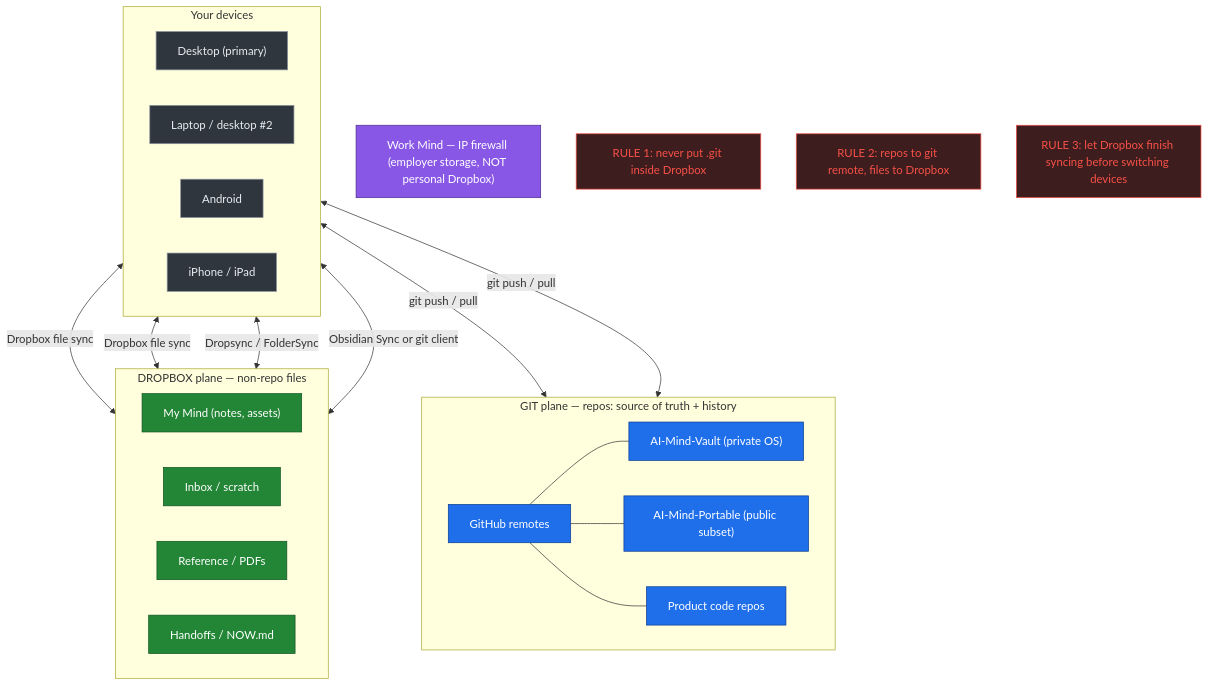
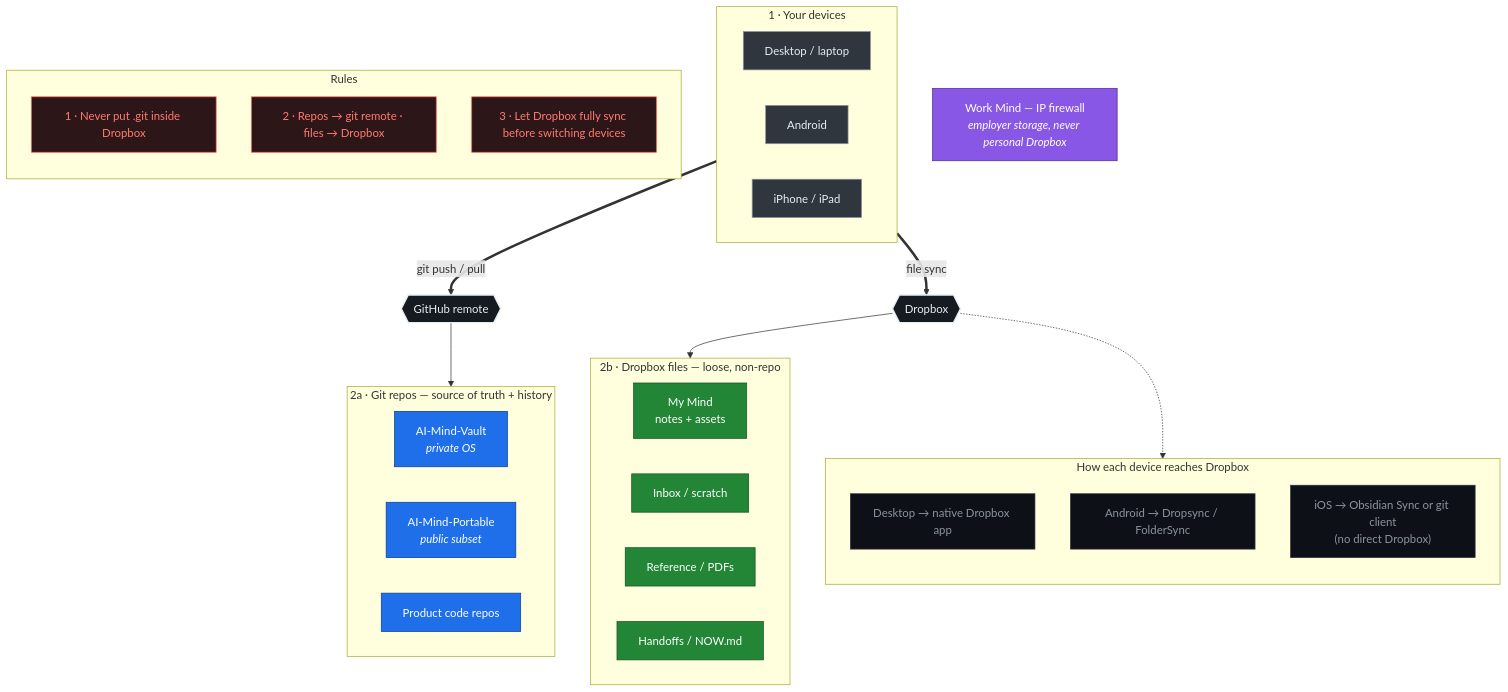
Before and after one commit to kniffinjjr/AI-Mind-Portable: the first of 2 diagrams in Drafts/AI-Mind-Architecture-and-Data-Charts.md, drawn with Mermaid. The commit also changed other lines of this file, not shown here.

First line of the commit message:
Refine architecture + data charts for legibility

````diff
--- a/Drafts/AI-Mind-Architecture-and-Data-Charts.md
+++ b/Drafts/AI-Mind-Architecture-and-Data-Charts.md
@@ -24,48 +25,58 @@
 ```mermaid
 flowchart TB
+  classDef dev fill:#30363d,color:#e6edf3,stroke:#8b949e,stroke-width:1px;
+  classDef hub fill:#161b22,color:#e6edf3,stroke:#e6edf3,stroke-width:2px;
   classDef git fill:#1f6feb,color:#ffffff,stroke:#0b3d91;
-  classDef box fill:#238636,color:#ffffff,stroke:#0f5323;
+  classDef file fill:#238636,color:#ffffff,stroke:#0f5323;
   classDef work fill:#8957e5,color:#ffffff,stroke:#4b2c91;
-  classDef dev fill:#30363d,color:#e6edf3,stroke:#8b949e;
-  classDef rule fill:#3d1d1d,color:#f85149,stroke:#f85149;
+  classDef note fill:#0d1117,color:#8b949e,stroke:#30363d;
+  classDef rule fill:#2d1618,color:#ff7b72,stroke:#f85149;
 
-  subgraph DEV["Your devices"]
+  subgraph DEVICES["1 · Your devices"]
     direction LR
-    D1["Desktop (primary)"]:::dev
-    D2["Laptop / desktop #2"]:::dev
+    D1["Desktop / laptop"]:::dev
     AND["Android"]:::dev
     IOS["iPhone / iPad"]:::dev
   end
 
-  subgraph GIT["GIT plane — repos: source of truth + history"]
+  GH{{"GitHub remote"}}:::hub
+  DBX{{"Dropbox"}}:::hub
+
+  subgraph REPOS["2a · Git repos — source of truth + history"]
     direction LR
-    GH["GitHub remotes"]:::git
-    RV["AI-Mind-Vault (private OS)"]:::git
-    RP["AI-Mind-Portable (public subset)"]:::git
+    RV["AI-Mind-Vault<br/><i>private OS</i>"]:::git
+    RP["AI-Mind-Portable<br/><i>public subset</i>"]:::git
     RC["Product code repos"]:::git
   end
-  GH --- RV
-  GH --- RP
-  GH --- RC
 
-  subgraph DBX["DROPBOX plane — non-repo files"]
+  subgraph FILES["2b · Dropbox files — loose, non-repo"]
     direction LR
-    MM["My Mind (notes, assets)"]:::box
-    INB["Inbox / scratch"]:::box
-    REF["Reference / PDFs"]:::box
-    NOW["Handoffs / NOW.md"]:::box
+    MM["My Mind<br/>notes + assets"]:::file
+    SCR["Inbox / scratch"]:::file
+    REFP["Reference / PDFs"]:::file
+    NOW["Handoffs / NOW.md"]:::file
   end
 
-  WM["Work Mind — IP firewall (employer storage, NOT personal Dropbox)"]:::work
+  WM["Work Mind — IP firewall<br/><i>employer storage, never personal Dropbox</i>"]:::work
 
-  D1 <-->|git push / pull| GH
-  D2 <-->|git push / pull| GH
-  D1 <-->|Dropbox file sync| DBX
-  D2 <-->|Dropbox file sync| DBX
-  AND <-->|Dropsync / FolderSync| DBX
-  IOS <-->|Obsidian Sync or git client| DBX
+  DEVICES ==>|"git push / pull"| GH
+  DEVICES ==>|"file sync"| DBX
+  GH --> REPOS
+  DBX --> FILES
 
-  R1["RULE 1: never put .git inside Dropbox"]:::rule
-  R2["RULE 2: repos to git remote, files to Dropbox"]:::rule
-  R3["RULE 3: let Dropbox finish syncing before switching devices"]:::rule
+  subgraph HOW["How each device reaches Dropbox"]
+    direction TB
+    H1["Desktop&nbsp;→ native Dropbox app"]:::note
+    H2["Android&nbsp;→ Dropsync / FolderSync"]:::note
+    H3["iOS&nbsp;→ Obsidian Sync or git client<br/>(no direct Dropbox)"]:::note
+  end
+
+  subgraph RULESET["Rules"]
+    direction TB
+    R1["1 · Never put .git inside Dropbox"]:::rule
+    R2["2 · Repos → git remote · files → Dropbox"]:::rule
+    R3["3 · Let Dropbox fully sync before switching devices"]:::rule
+  end
+
+  DBX -.-> HOW
 ```
````
